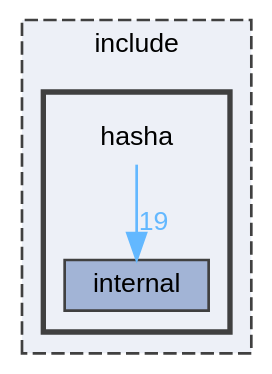
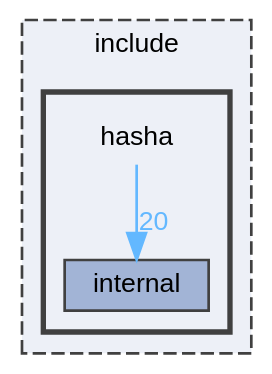
One commit to reslaid32/hasha changed the diagram in docs/dir_a4a1bd6a6f47eff74681f752ad8bc128_dep.dot. Above: the diagram before and after it, drawn with Graphviz. The commit also changed 189 other files, not shown here.

```diff
--- a/docs/dir_a4a1bd6a6f47eff74681f752ad8bc128_dep.dot
+++ b/docs/dir_a4a1bd6a6f47eff74681f752ad8bc128_dep.dot
@@ -1,17 +1,17 @@
 digraph "include/hasha"
 {
  // LATEX_PDF_SIZE
   bgcolor="transparent";
   edge [fontname=Helvetica,fontsize=10,labelfontname=Helvetica,labelfontsize=10];
   node [fontname=Helvetica,fontsize=10,shape=box,height=0.2,width=0.4];
   compound=true
   subgraph clusterdir_d44c64559bbebec7f509842c48db8b23 {
     graph [ bgcolor="#edf0f7", pencolor="grey25", label="include", fontname=Helvetica,fontsize=10 style="filled,dashed", URL="dir_d44c64559bbebec7f509842c48db8b23.html",tooltip=""]
   subgraph clusterdir_a4a1bd6a6f47eff74681f752ad8bc128 {
     graph [ bgcolor="#edf0f7", pencolor="grey25", label="", fontname=Helvetica,fontsize=10 style="filled,bold", URL="dir_a4a1bd6a6f47eff74681f752ad8bc128.html",tooltip=""]
     dir_a4a1bd6a6f47eff74681f752ad8bc128 [shape=plaintext, label="hasha"];
   dir_85f9138f07c20f37adf55a1b4ce19dcc [label="internal", fillcolor="#a2b4d6", color="grey25", style="filled", URL="dir_85f9138f07c20f37adf55a1b4ce19dcc.html",tooltip=""];
   }
   }
-  dir_a4a1bd6a6f47eff74681f752ad8bc128->dir_85f9138f07c20f37adf55a1b4ce19dcc [headlabel="19", labeldistance=1.5 headhref="dir_000000_000002.html" href="dir_000000_000002.html" color="steelblue1" fontcolor="steelblue1"];
+  dir_a4a1bd6a6f47eff74681f752ad8bc128->dir_85f9138f07c20f37adf55a1b4ce19dcc [headlabel="20", labeldistance=1.5 headhref="dir_000000_000002.html" href="dir_000000_000002.html" color="steelblue1" fontcolor="steelblue1"];
 }
```
